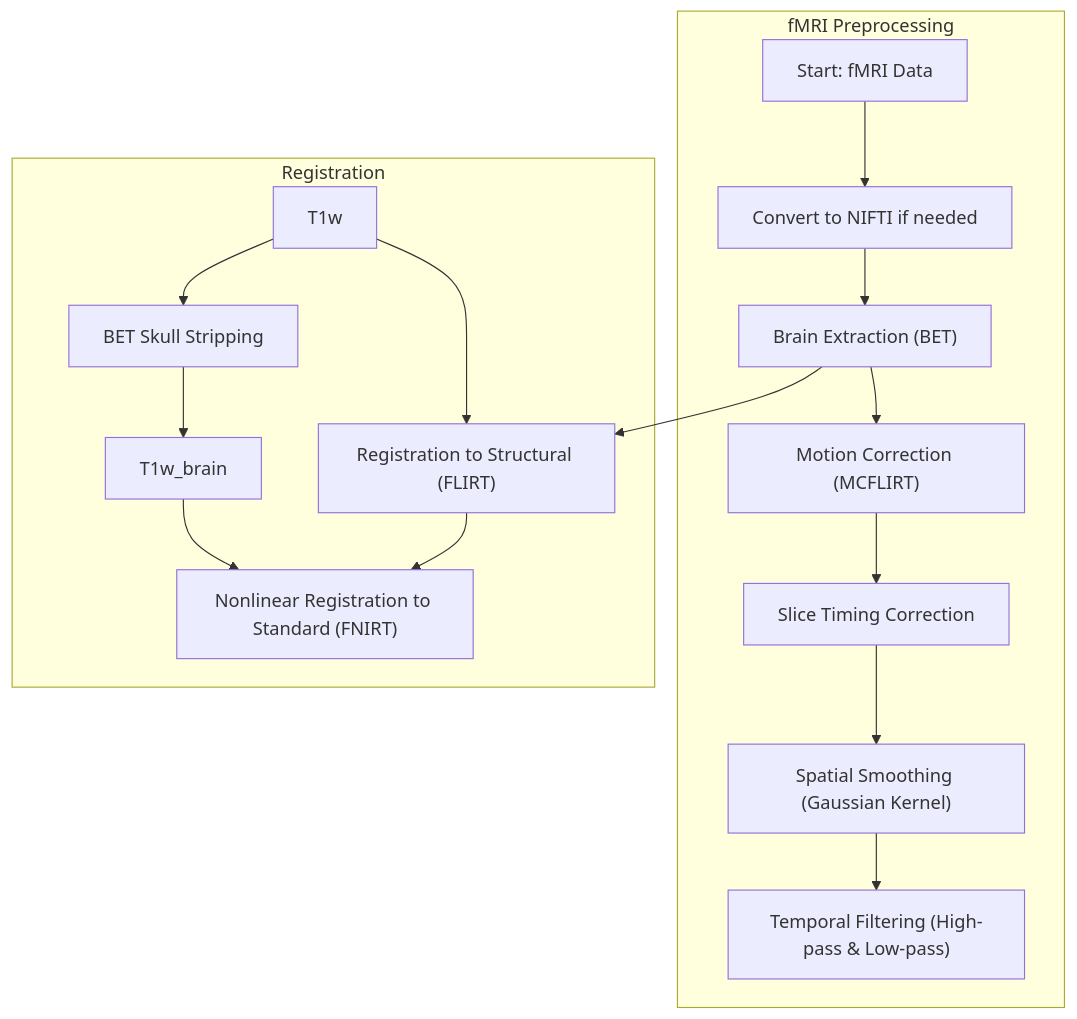
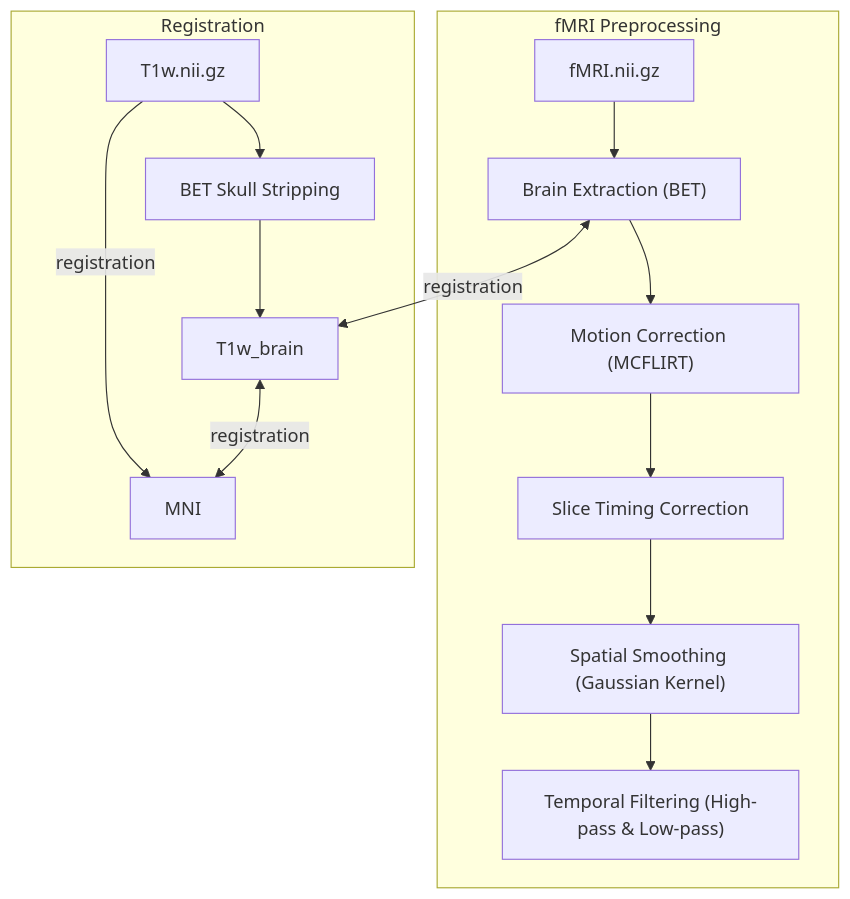
The diagram in TUT/03_preproc_FSL_HalfPipe/03_preproc_FSL_Halfpipe.md (leonardocerliani/GUTS_fmri_preproc), drawn with Mermaid before and after one commit. The commit also changed 6 other files, not shown here.

````diff
--- a/TUT/03_preproc_FSL_HalfPipe/03_preproc_FSL_Halfpipe.md
+++ b/TUT/03_preproc_FSL_HalfPipe/03_preproc_FSL_Halfpipe.md
@@ -14,20 +14,19 @@
 ```mermaid
 graph TD;
     
     subgraph "fMRI Preprocessing"
-        A["Start: fMRI Data"] --> B["Convert to NIFTI if needed"]
-        B --> C["Brain Extraction (BET)"]
+        B["fMRI.nii.gz"] --> C["Brain Extraction (BET)"]
         C --> D["Motion Correction (MCFLIRT)"]
         D --> E["Slice Timing Correction"]
         E --> F["Spatial Smoothing (Gaussian Kernel)"]
         F --> G["Temporal Filtering (High-pass & Low-pass)"]
     end
     
     subgraph "Registration"
-        J["T1w"] --> K["BET Skull Stripping"] --> L["T1w_brain"]
-        C["Brain Extraction (BET)"] --> H["Registration to Structural (FLIRT)"]
-        J["T1w"] --> H["Registration to Structural (FLIRT)"]
-        L["T1w_brain"] --> N["Nonlinear Registration to Standard (FNIRT)"]
-        H["Registration to Structural (FLIRT)"] --> N["Nonlinear Registration to Standard (FNIRT)"]
+        
+        J["T1w.nii.gz"] --> K["BET Skull Stripping"] --> L["T1w_brain"] <--> |registration| M["MNI"]
+        C["Brain Extraction (BET)"] <--> |registration| L["T1w_brain"]
+        J["T1w.nii.gz"] --> |registration| M["MNI"]
+
     end
 ```
````
